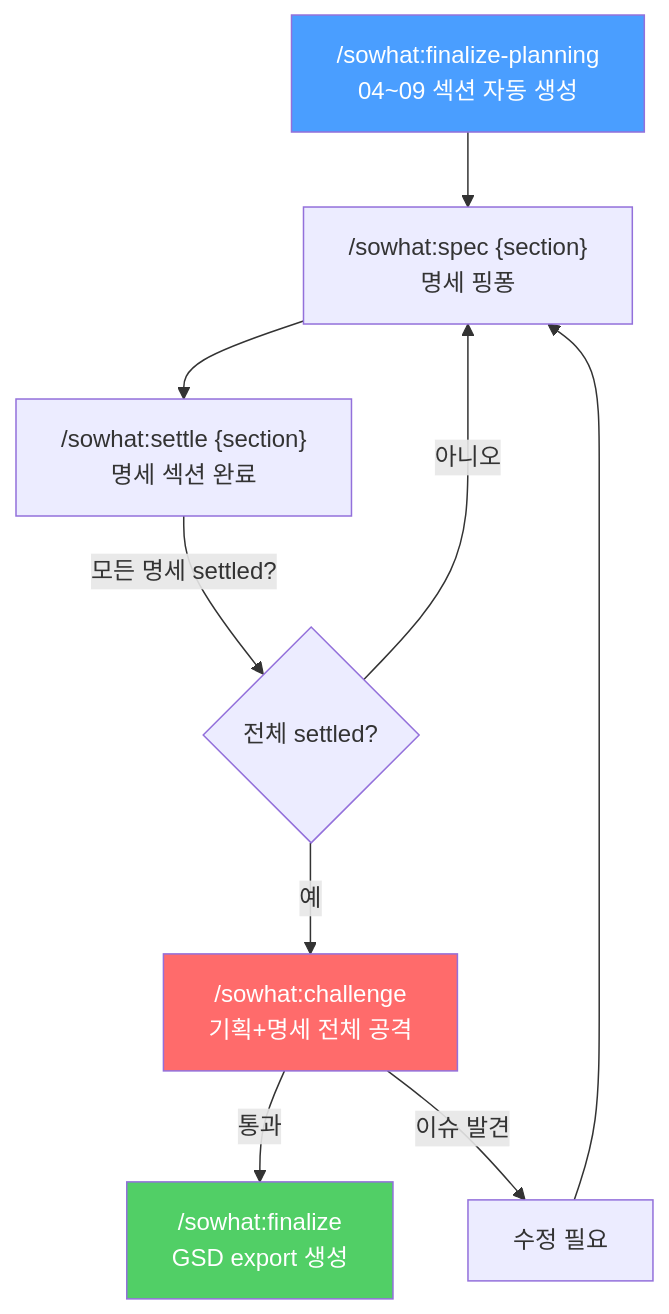
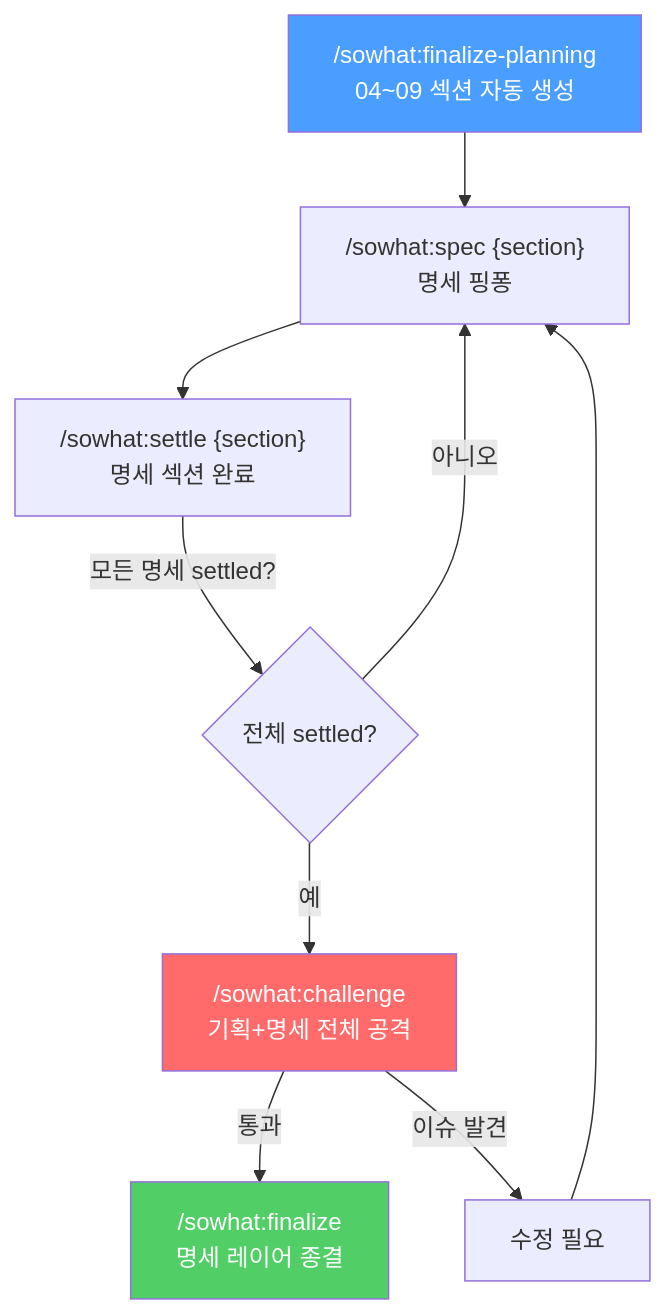
Before and after one commit to skadudd/sowhat: the second of 4 diagrams in .claude/sowhat-core/references/command-flow.md, drawn with Mermaid. The commit also changed 65 other files, not shown here.

````diff
--- a/.claude/sowhat-core/references/command-flow.md
+++ b/.claude/sowhat-core/references/command-flow.md
@@ -23,15 +23,15 @@
 ```mermaid
 flowchart TD
     FP["/sowhat:finalize-planning<br/>04~09 섹션 자동 생성"] --> SPEC["/sowhat:spec {section}<br/>명세 핑퐁"]
     SPEC --> SETTLE_S["/sowhat:settle {section}<br/>명세 섹션 완료"]
     SETTLE_S --> |"모든 명세 settled?"| CHECK_S{전체 settled?}
     CHECK_S --> |"아니오"| SPEC
     CHECK_S --> |"예"| CHALLENGE_S["/sowhat:challenge<br/>기획+명세 전체 공격"]
-    CHALLENGE_S --> |"통과"| FINAL["/sowhat:finalize<br/>GSD export 생성"]
+    CHALLENGE_S --> |"통과"| FINAL["/sowhat:finalize<br/>명세 레이어 종결"]
     CHALLENGE_S --> |"이슈 발견"| FIX_SPEC["수정 필요"]
     FIX_SPEC --> SPEC
 
     style FP fill:#4a9eff,color:#fff
     style CHALLENGE_S fill:#ff6b6b,color:#fff
     style FINAL fill:#51cf66,color:#fff
 ```
````
